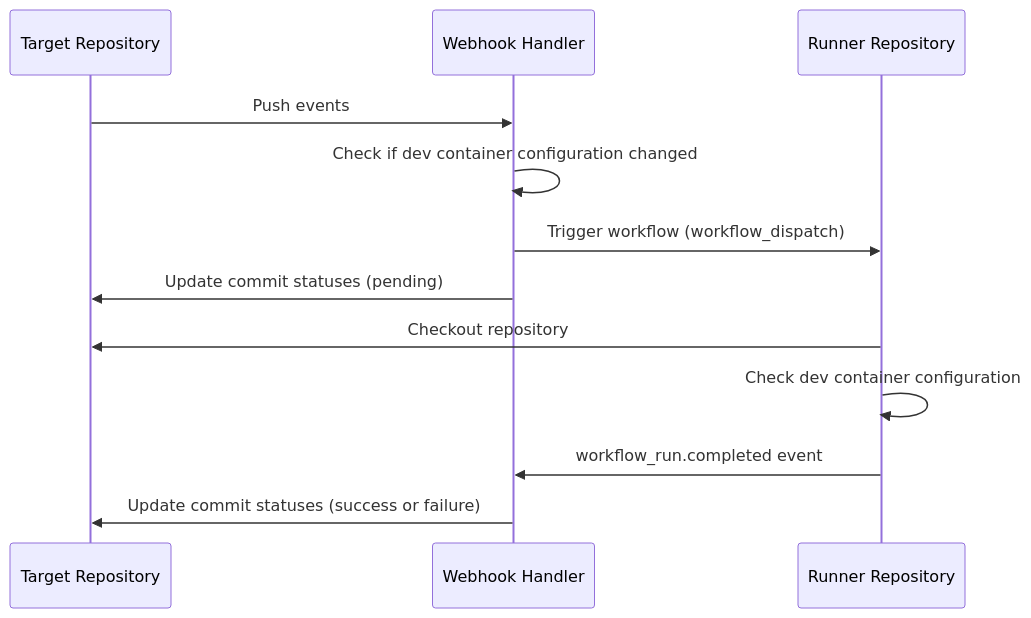
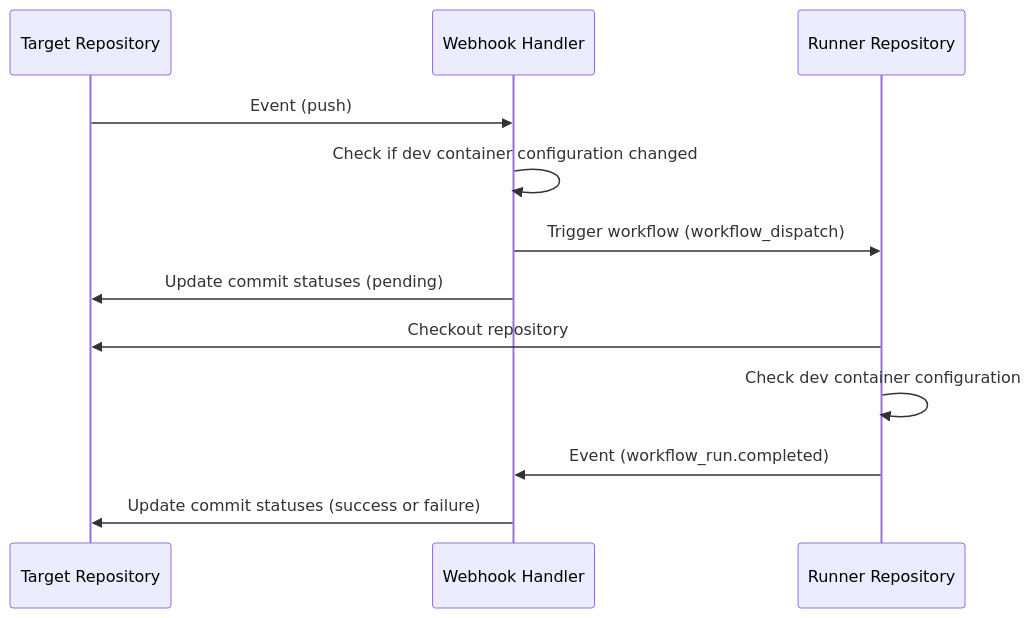
Before and after one commit to lasuillard-s/devcontainer-check: the diagram in README.md, drawn with Mermaid. The commit also changed other lines of this file, not shown here.

````diff
--- a/README.md
+++ b/README.md
@@ -14,15 +14,15 @@
 ```mermaid
 sequenceDiagram
 	participant target as Target Repository
 	participant server as Webhook Handler
 	participant runner as Runner Repository
 
-  target ->> server: Push events
+  target ->> server: Event (push)
   server ->> server: Check if dev container configuration changed
   server ->> runner: Trigger workflow (workflow_dispatch)
   server ->> target: Update commit statuses (pending)
   runner ->> target: Checkout repository
   runner ->> runner: Check dev container configuration
-  runner ->> server: workflow_run.completed event
+  runner ->> server: Event (workflow_run.completed)
   server ->> target: Update commit statuses (success or failure)
 ```
````
